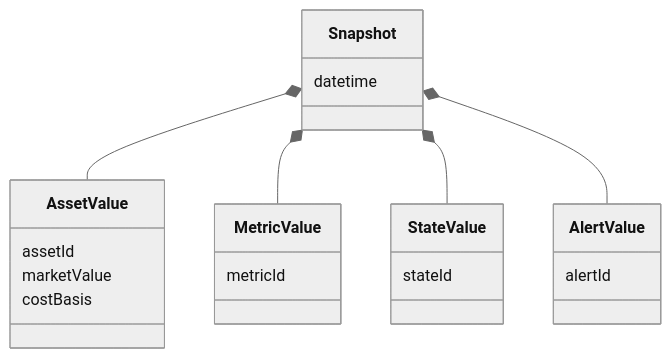
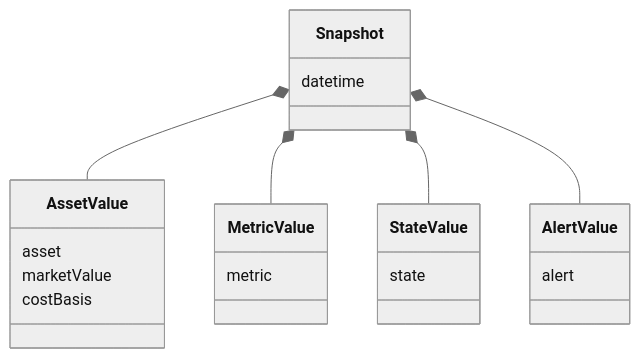
One commit to hmzk0312/FinancesDSL changed the fifth of 7 diagrams in README.md. Above: the diagram before and after it, drawn with Mermaid (neutral theme). The commit also changed other lines of this file, not shown here.

````diff
--- a/README.md
+++ b/README.md
@@ -174,30 +174,30 @@
 ```mermaid
 classDiagram
     Snapshot *-- AssetValue
     Snapshot *-- MetricValue
     Snapshot *-- StateValue
     Snapshot *-- AlertValue
 
 class Snapshot{
     datetime
 }
 
 class AssetValue{
-    assetId
+    asset
     marketValue
     costBasis
 }
 
 class MetricValue{
-    metricId
+    metric
 }
 
 class StateValue{
-    stateId
+    state
 }
 
 class AlertValue{
-    alertId
+    alert
 }
 
 ```
````
